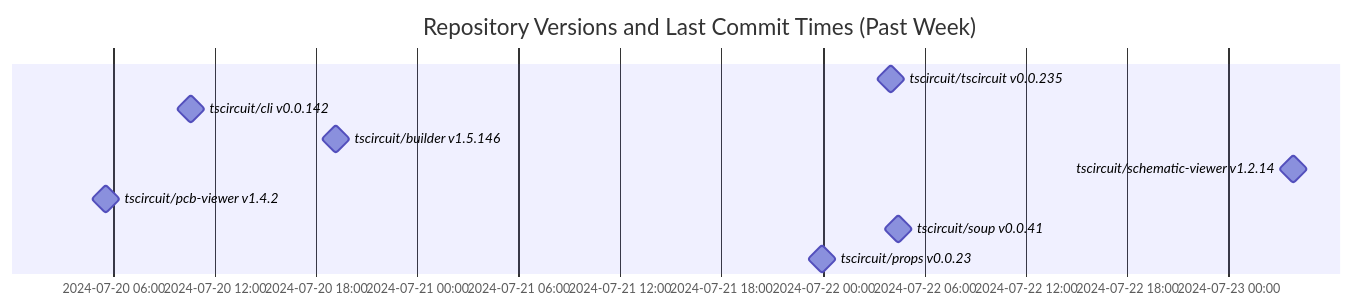
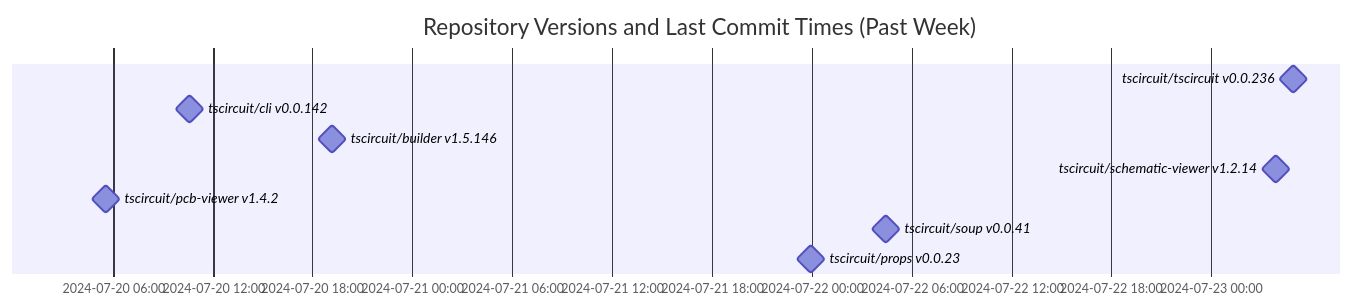
Before and after one commit to tscircuit/version-tracker: the diagram in README.md, drawn with Mermaid.

Commit message:
Update chart

````diff
--- a/README.md
+++ b/README.md
@@ -1,14 +1,14 @@
 ```mermaid
 gantt
   dateFormat  YYYY-MM-DD HH:mm:ss
   title Repository Versions and Last Commit Times (Past Week)
   axisFormat %Y-%m-%d %H:%M
 
-  tscircuit/tscircuit v0.0.235 : milestone, 2024-07-22 04:00:06, 1s
+  tscircuit/tscircuit v0.0.236 : milestone, 2024-07-23 04:55:43, 1s
   tscircuit/cli v0.0.142 : milestone, 2024-07-20 10:36:15, 1s
   tscircuit/builder v1.5.146 : milestone, 2024-07-20 19:11:54, 1s
   tscircuit/schematic-viewer v1.2.14 : milestone, 2024-07-23 03:50:56, 1s
   tscircuit/pcb-viewer v1.4.2 : milestone, 2024-07-20 05:34:23, 1s
   tscircuit/soup v0.0.41 : milestone, 2024-07-22 04:28:33, 1s
   tscircuit/props v0.0.23 : milestone, 2024-07-21 23:57:13, 1s
 ```
````
